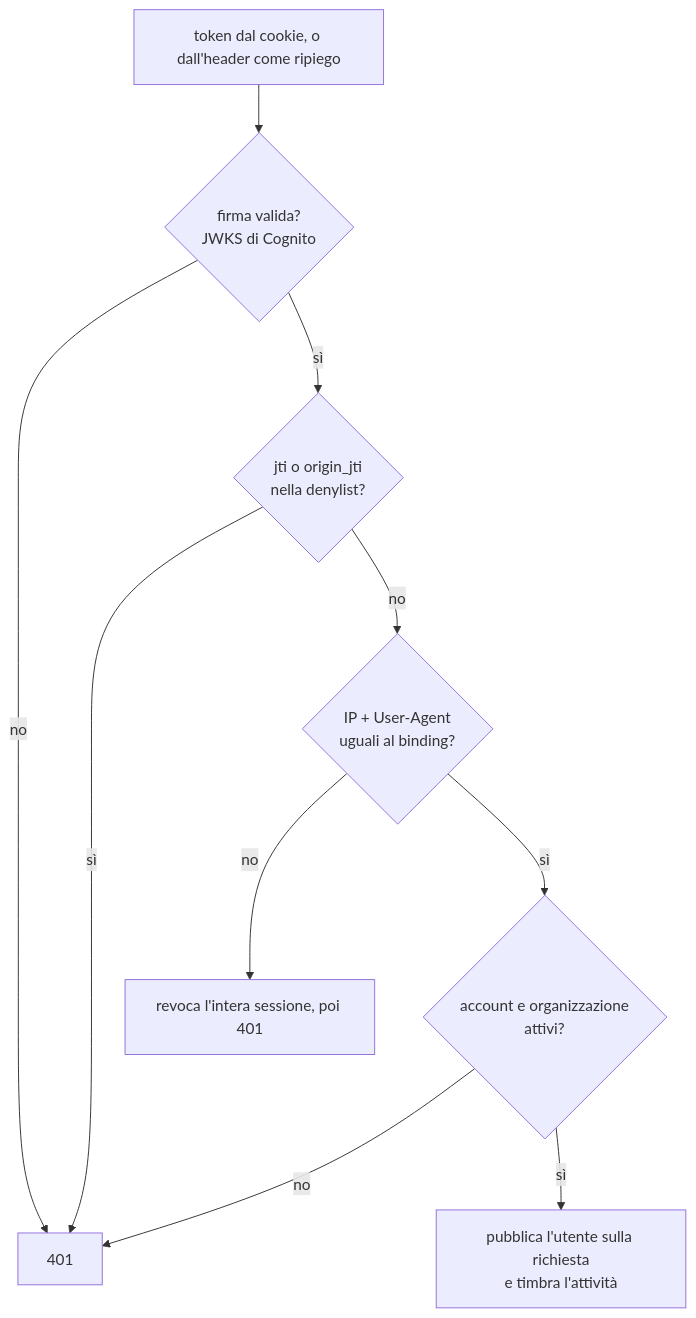
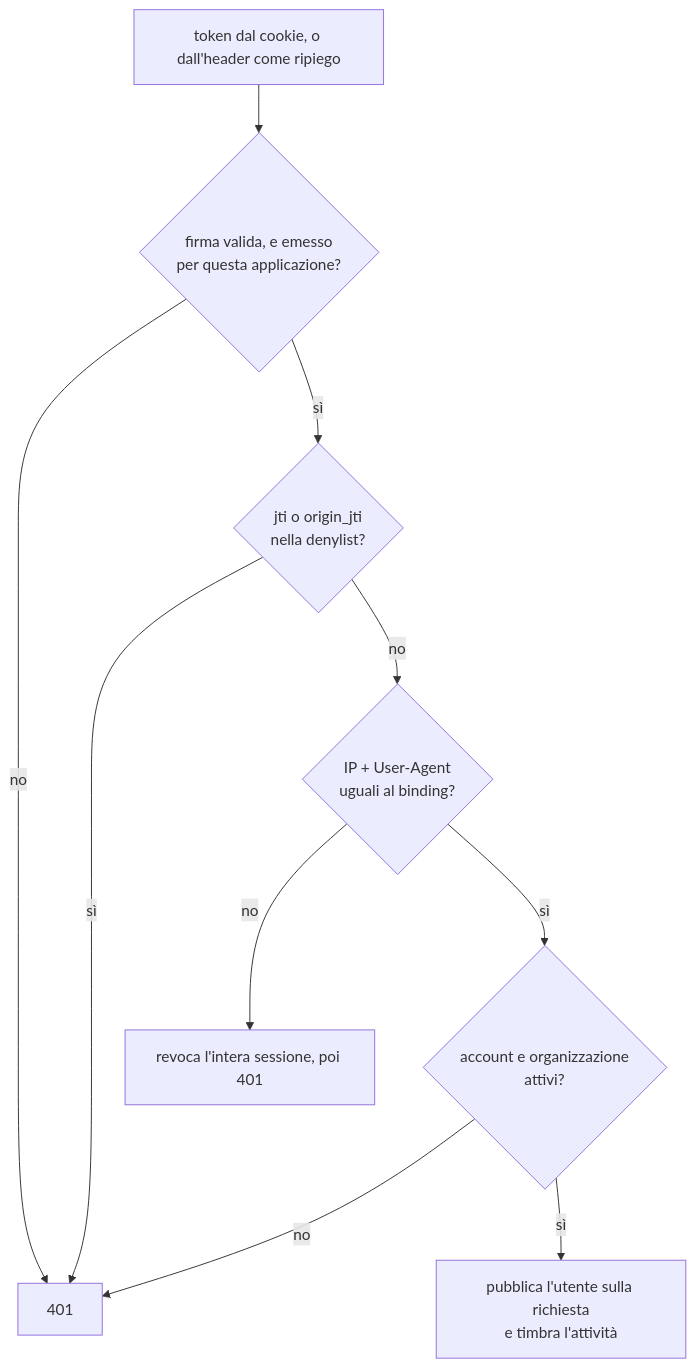
Before and after one commit to DavideZanellato99/SkillLab: the second of 2 diagrams in docs/autenticazione.md, drawn with Mermaid. The commit also changed other lines of this file and 38 other files, not shown here.

````diff
--- a/docs/autenticazione.md
+++ b/docs/autenticazione.md
@@ -88,12 +93,12 @@
 ```mermaid
 flowchart TD
-    A[token dal cookie, o dall'header come ripiego] --> B{firma valida?<br/>JWKS di Cognito}
+    A[token dal cookie, o dall'header come ripiego] --> B{firma valida, e emesso<br/>per questa applicazione?}
     B -->|no| X[401]
     B -->|sì| C{jti o origin_jti<br/>nella denylist?}
     C -->|sì| X
     C -->|no| D{IP + User-Agent<br/>uguali al binding?}
     D -->|no| Y[revoca l'intera sessione, poi 401]
     D -->|sì| E{account e organizzazione<br/>attivi?}
     E -->|no| X
     E -->|sì| F[pubblica l'utente sulla richiesta<br/>e timbra l'attività]
 ```
````
